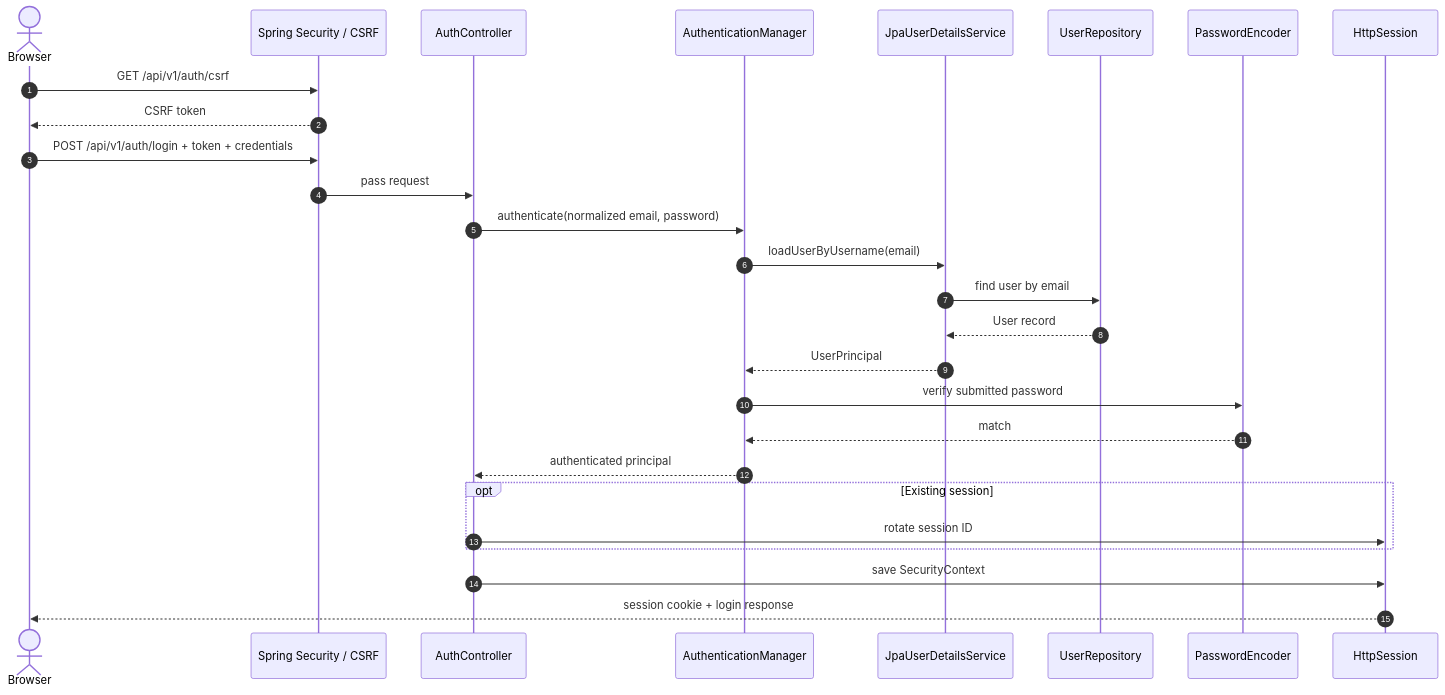
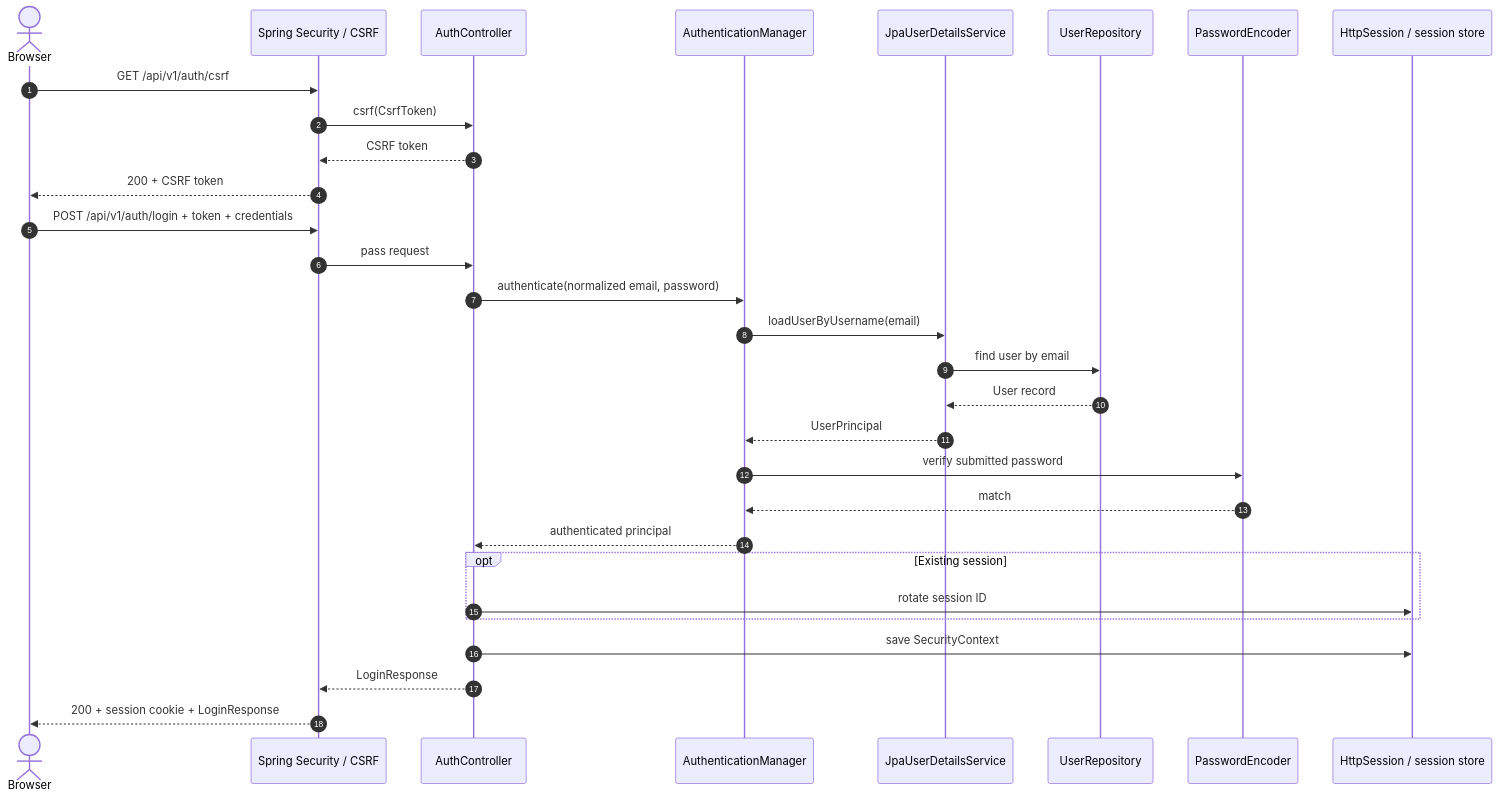
The eighth of 16 diagrams in doc/diagrams/design-patterns.md (aarktik/PrimeSkill), drawn with Mermaid before and after one commit. The commit also changed other lines of this file, not shown here.

Commit message:
แก้ Activity Diagram, เงื่อนไข UC-06 และ Class Diagram

````diff
--- a/doc/diagrams/design-patterns.md
+++ b/doc/diagrams/design-patterns.md
@@ -211,30 +380,33 @@
 ```mermaid
 sequenceDiagram
     autonumber
     actor Browser
     participant Filter as Spring Security / CSRF
     participant Auth as AuthController
     participant Manager as AuthenticationManager
     participant UDS as JpaUserDetailsService
     participant Users as UserRepository
     participant Encoder as PasswordEncoder
-    participant Session as HttpSession
+    participant Session as HttpSession / session store
 
     Browser->>Filter: GET /api/v1/auth/csrf
-    Filter-->>Browser: CSRF token
+    Filter->>Auth: csrf(CsrfToken)
+    Auth-->>Filter: CSRF token
+    Filter-->>Browser: 200 + CSRF token
     Browser->>Filter: POST /api/v1/auth/login + token + credentials
     Filter->>Auth: pass request
     Auth->>Manager: authenticate(normalized email, password)
     Manager->>UDS: loadUserByUsername(email)
     UDS->>Users: find user by email
     Users-->>UDS: User record
     UDS-->>Manager: UserPrincipal
     Manager->>Encoder: verify submitted password
     Encoder-->>Manager: match
     Manager-->>Auth: authenticated principal
     opt Existing session
         Auth->>Session: rotate session ID
     end
     Auth->>Session: save SecurityContext
-    Session-->>Browser: session cookie + login response
+    Auth-->>Filter: LoginResponse
+    Filter-->>Browser: 200 + session cookie + LoginResponse
 ```
````
